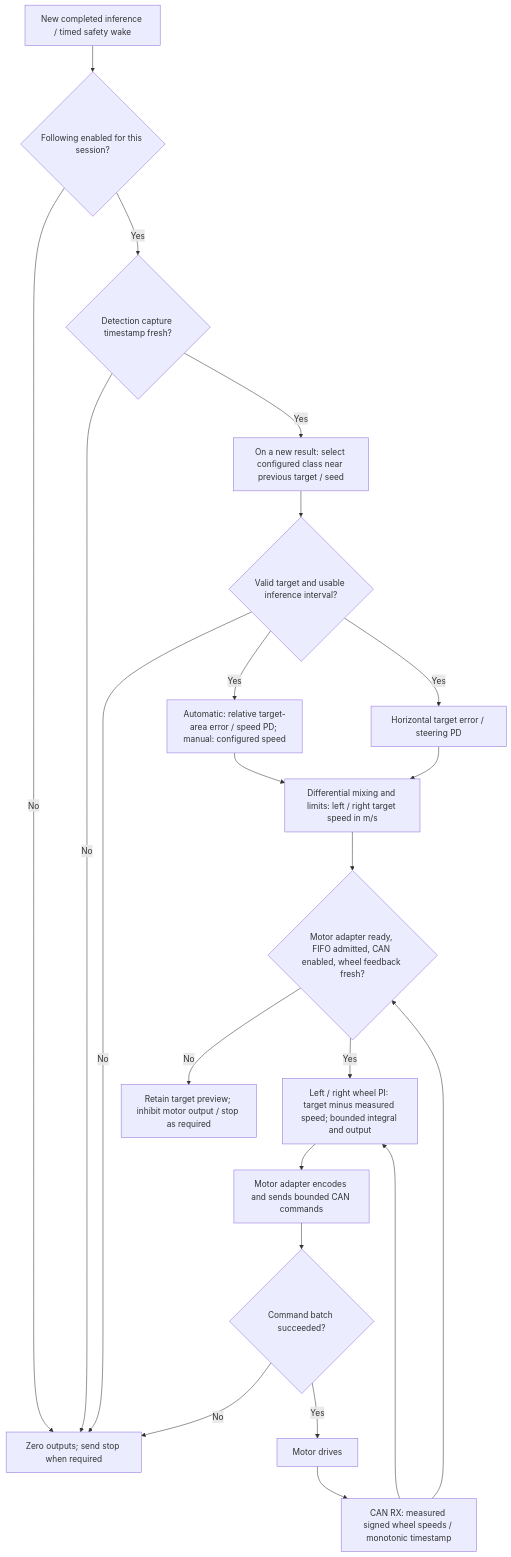
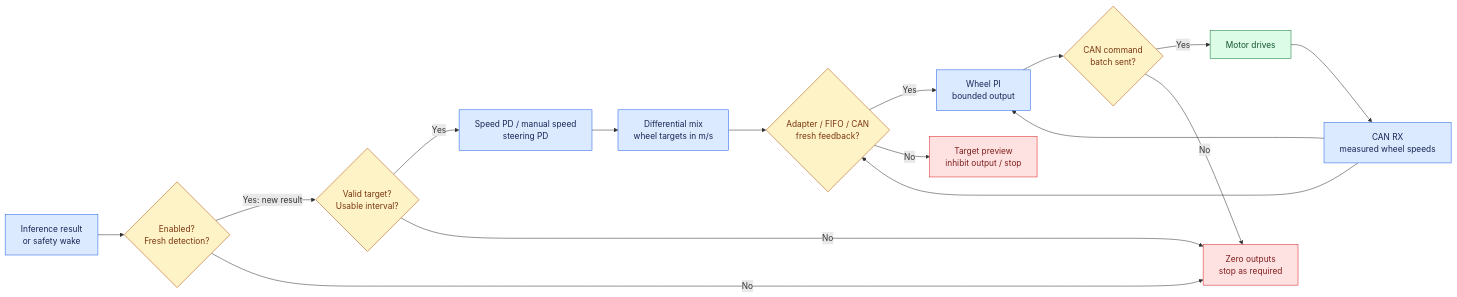
The sixth of 6 diagrams in README.md (qianruo-orange/autonomous-driving-car), drawn with Mermaid before and after one commit. The commit also changed other lines of this file, not shown here.

Commit message:
Improve README diagrams with horizontal layouts and visual grouping

````diff
--- a/README.md
+++ b/README.md
@@ -112,24 +150,26 @@
 ```mermaid
-flowchart TB
-    Detection["New completed inference / timed safety wake"] --> Enabled{"Following enabled for this session?"}
-    Enabled -->|No| Halt["Zero outputs; send stop when required"]
-    Enabled -->|Yes| Fresh{"Detection capture timestamp fresh?"}
-    Fresh -->|No| Halt
-    Fresh -->|Yes| Target["On a new result: select configured class near previous target / seed"]
-    Target --> Found{"Valid target and usable inference interval?"}
-    Found -->|No| Halt
-    Found -->|Yes| Speed["Automatic: relative target-area error / speed PD; manual: configured speed"]
-    Found -->|Yes| Turn["Horizontal target error / steering PD"]
-    Speed --> Mix["Differential mixing and limits: left / right target speed in m/s"]
-    Turn --> Mix
-    Mix --> Gate{"Motor adapter ready, FIFO admitted, CAN enabled, wheel feedback fresh?"}
-    Gate -->|No| Preview["Retain target preview; inhibit motor output / stop as required"]
-    Gate -->|Yes| PI["Left / right wheel PI: target minus measured speed; bounded integral and output"]
-    Feedback["CAN RX: measured signed wheel speeds / monotonic timestamp"] --> Gate
+flowchart LR
+    Wake["Inference result<br/>or safety wake"] --> Vision{"Enabled?<br/>Fresh detection?"}
+    Vision -->|Yes: new result| Target{"Valid target?<br/>Usable interval?"}
+    Target -->|Yes| PD["Speed PD / manual speed<br/>steering PD"]
+    PD --> Mix["Differential mix<br/>wheel targets in m/s"]
+    Mix --> Gate{"Adapter / FIFO / CAN<br/>fresh feedback?"}
+    Gate -->|Yes| PI["Wheel PI<br/>bounded output"]
+    PI --> Send{"CAN command<br/>batch sent?"}
+    Send -->|Yes| Motors["Motor drives"]
+    Motors --> Feedback["CAN RX<br/>measured wheel speeds"]
     Feedback --> PI
-    PI --> Send["Motor adapter encodes and sends bounded CAN commands"]
-    Send --> Sent{"Command batch succeeded?"}
-    Sent -->|No| Halt
-    Sent -->|Yes| Motors["Motor drives"]
-    Motors --> Feedback
+    Feedback --> Gate
+    Vision -->|No| Halt["Zero outputs<br/>stop as required"]
+    Target -->|No| Halt
+    Send -->|No| Halt
+    Gate -->|No| Preview["Target preview<br/>inhibit output / stop"]
+    classDef process fill:#dbeafe,stroke:#2563eb,color:#172554
+    classDef output fill:#dcfce7,stroke:#15803d,color:#14532d
+    classDef check fill:#fef3c7,stroke:#b45309,color:#78350f
+    classDef failure fill:#fee2e2,stroke:#dc2626,color:#7f1d1d
+    class Wake,PD,Mix,PI,Feedback process
+    class Vision,Target,Gate,Send check
+    class Motors output
+    class Halt,Preview failure
 ```
````
